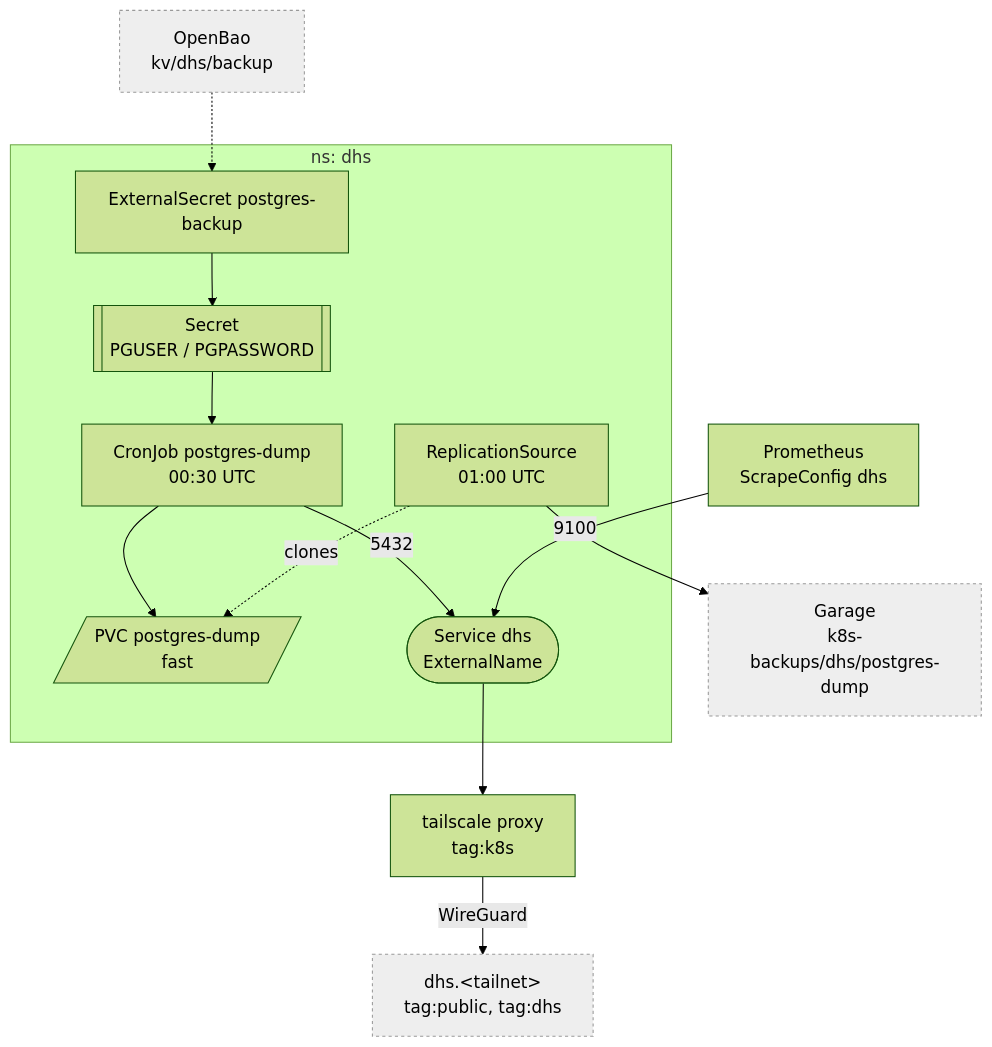
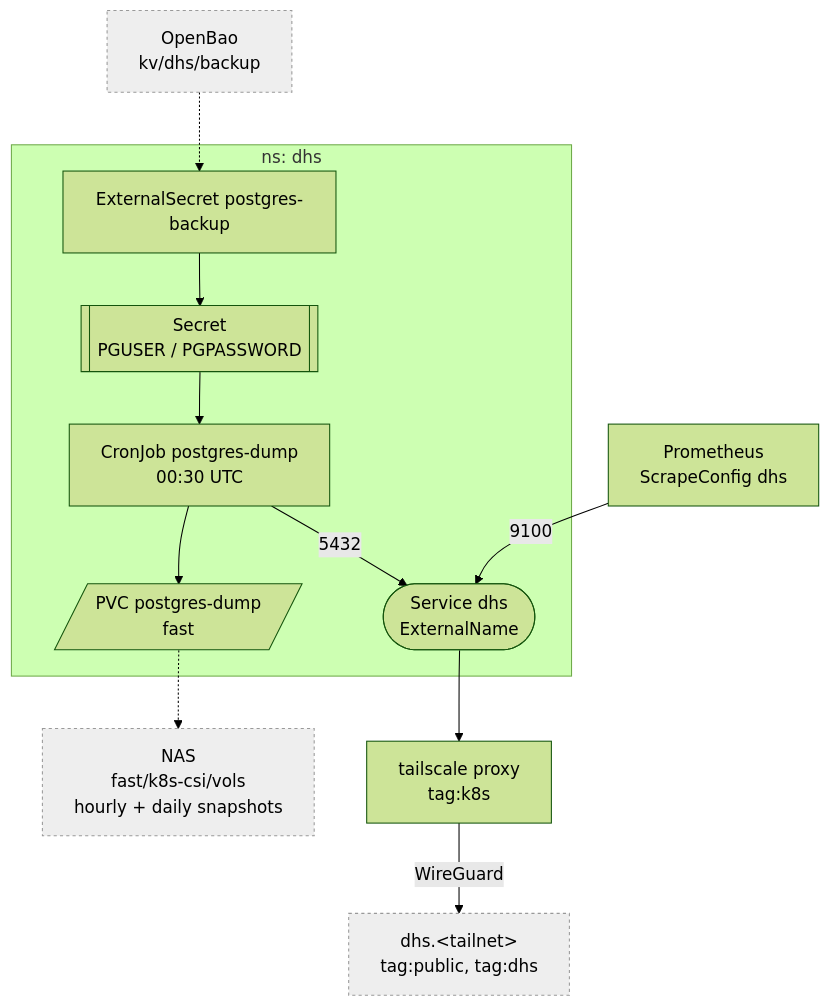
One commit to Sojamann/homelab-apps changed the diagram in docs/dhs.md. Above: the diagram before and after it, drawn with Mermaid (forest theme). The commit also changed other lines of this file and 38 other files, not shown here.

Commit message:
feat(backups): replace VolSync with NAS ZFS snapshots and replication

````diff
--- a/docs/dhs.md
+++ b/docs/dhs.md
@@ -9,20 +9,19 @@
 ```mermaid
 graph TD
   subgraph d["ns: dhs"]
     ES["ExternalSecret postgres-backup"] --> SEC[["Secret<br/>PGUSER / PGPASSWORD"]]
     CJ["CronJob postgres-dump<br/>00:30 UTC"] --> PVC[/"PVC postgres-dump<br/>fast"/]
     SEC --> CJ
-    RS["ReplicationSource<br/>01:00 UTC"] -.->|clones| PVC
     SVC(["Service dhs<br/>ExternalName"])
   end
 
   CJ -->|5432| SVC
   PROM["Prometheus<br/>ScrapeConfig dhs"] -->|9100| SVC
   SVC --> PX["tailscale proxy<br/>tag:k8s"]
   PX -->|WireGuard| BOX["dhs.&lt;tailnet&gt;<br/>tag:public, tag:dhs"]
-  RS --> GA["Garage<br/>k8s-backups/dhs/postgres-dump"]
+  PVC -.-> SNAP["NAS<br/>fast/k8s-csi/vols<br/>hourly + daily snapshots"]
   BAO["OpenBao<br/>kv/dhs/backup"] -.-> ES
 
   classDef ext fill:#eee,stroke:#999,stroke-dasharray:3 3;
-  class BOX,GA,BAO ext;
+  class BOX,SNAP,BAO ext;
 ```
````
